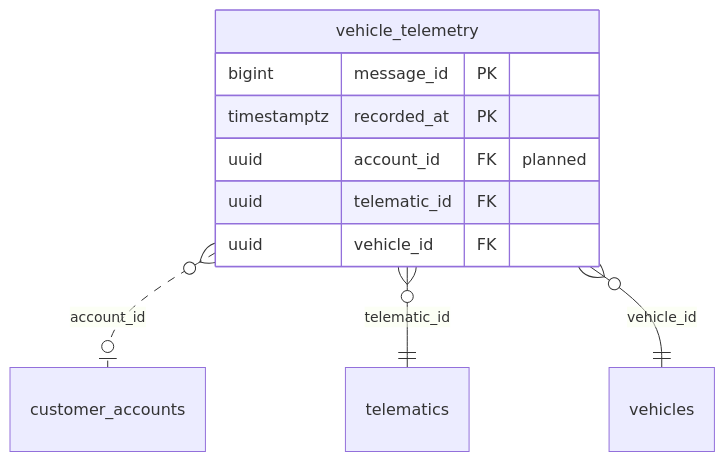
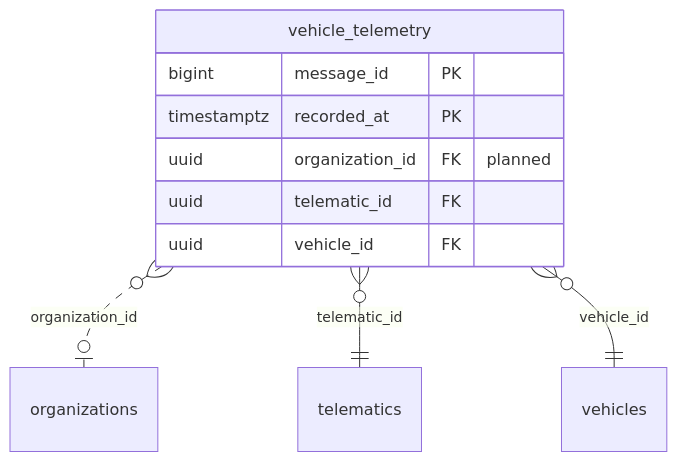
One commit to yolo-coccoc/G3Network-app changed the diagram in docs/01-requirements/domain-model/domains/telemetry.md. Above: the diagram before and after it, drawn with Mermaid. The commit also changed other lines of this file and 20 other files, not shown here.

````diff
--- a/docs/01-requirements/domain-model/domains/telemetry.md
+++ b/docs/01-requirements/domain-model/domains/telemetry.md
@@ -17,13 +17,13 @@
 ```mermaid
 erDiagram
   vehicle_telemetry {
     bigint message_id PK
     timestamptz recorded_at PK
-    uuid account_id FK "planned"
+    uuid organization_id FK "planned"
     uuid telematic_id FK
     uuid vehicle_id FK
   }
-  vehicle_telemetry }o..o| customer_accounts : "account_id"
+  vehicle_telemetry }o..o| organizations : "organization_id"
   vehicle_telemetry }o--|| telematics : "telematic_id"
   vehicle_telemetry }o--|| vehicles : "vehicle_id"
 ```
````
